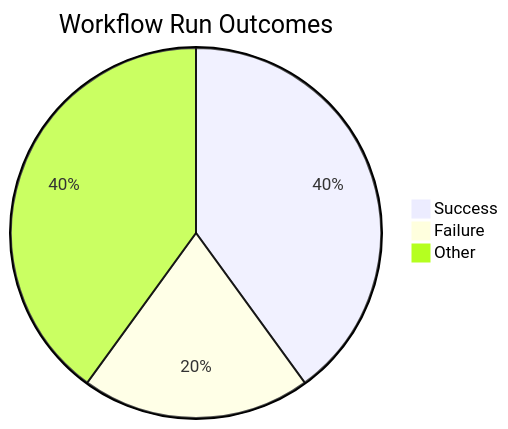
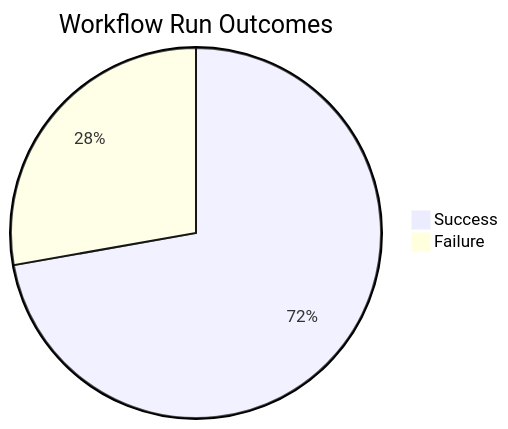
Before and after one commit to ukma-cs-ssdm-2025/rate-ukma: the first of 4 diagrams in docs/ci-cd/dora-summary.md, drawn with Mermaid. The commit also changed other lines of this file, not shown here.

````diff
--- a/docs/ci-cd/dora-summary.md
+++ b/docs/ci-cd/dora-summary.md
@@ -22,6 +22,5 @@
 ```mermaid
 pie title Workflow Run Outcomes
-    "Success" : 2
-    "Failure" : 1
-    "Other" : 2
+    "Success" : 13
+    "Failure" : 5
 ```
````
